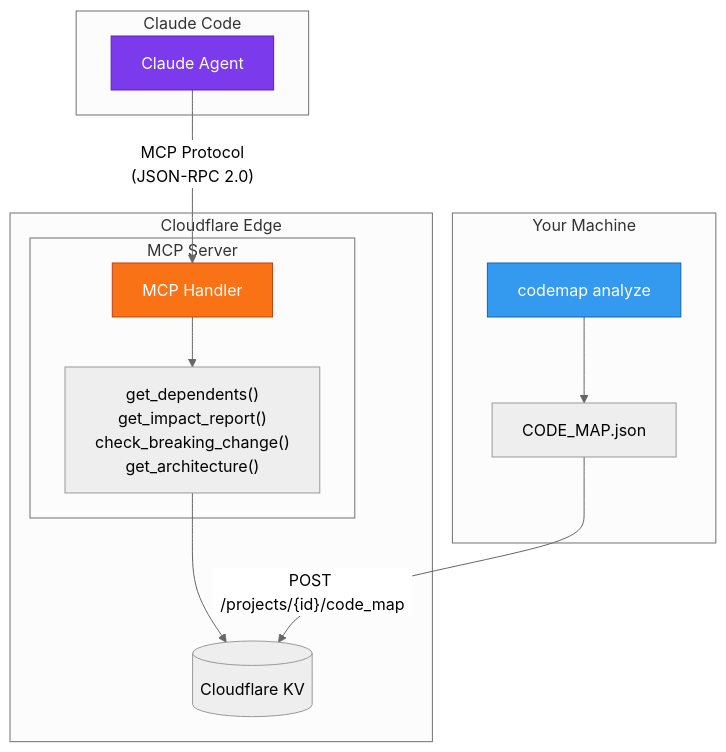
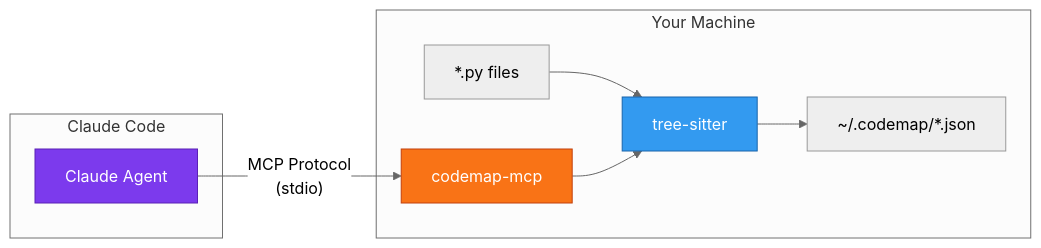
Before and after one commit to mmorris35/CodeMap: the fourth of 6 diagrams in README.md, drawn with Mermaid (neutral theme). The commit also changed other lines of this file, not shown here.

First line of the commit message:
docs: update README to feature local MCP server

````diff
--- a/README.md
+++ b/README.md
@@ -306,29 +302,21 @@
 ```mermaid
-flowchart TB
+flowchart LR
     subgraph Your Machine
-        CLI["codemap analyze"]
-        JSON["CODE_MAP.json"]
-        CLI --> JSON
-    end
+        CLI["codemap-mcp"]
+        PY["*.py files"]
+        TS["tree-sitter"]
+        JSON["~/.codemap/*.json"]
 
-    subgraph Cloudflare Edge
-        subgraph Worker["MCP Server"]
-            MCP["MCP Handler"]
-            Tools["get_dependents()<br>get_impact_report()<br>check_breaking_change()<br>get_architecture()"]
-            MCP --> Tools
-        end
-        KV[(Cloudflare KV)]
-        Tools --> KV
+        PY --> TS --> JSON
+        CLI --> TS
     end
 
     subgraph Claude Code
         Agent["Claude Agent"]
-        Agent -->|"MCP Protocol<br>(JSON-RPC 2.0)"| MCP
+        Agent -->|"MCP Protocol<br>(stdio)"| CLI
     end
 
-    JSON -->|"POST /projects/{id}/code_map"| KV
-
     style Agent fill:#7c3aed,stroke:#5b21b6,color:#fff
-    style MCP fill:#f97316,stroke:#c2410c,color:#fff
-    style CLI fill:#339af0,stroke:#1864ab,color:#fff
+    style CLI fill:#f97316,stroke:#c2410c,color:#fff
+    style TS fill:#339af0,stroke:#1864ab,color:#fff
 ```
````
